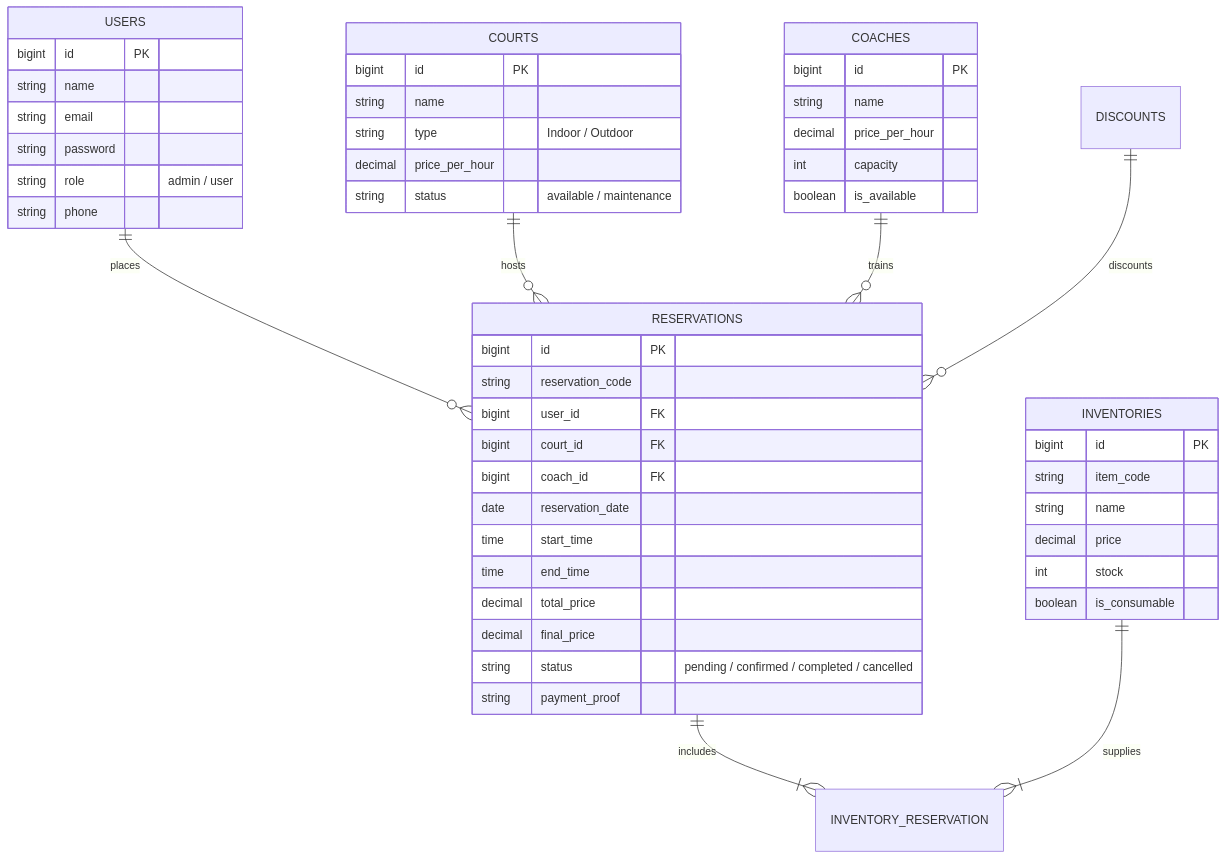
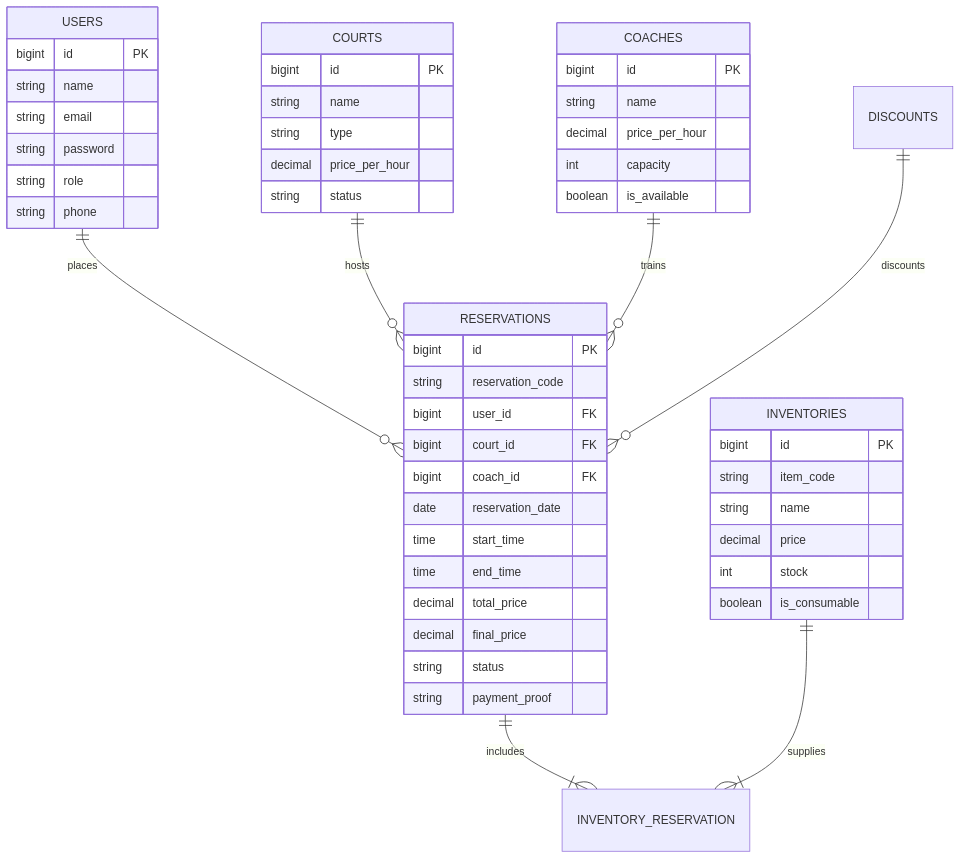
The second of 2 diagrams in README.md (maaafiqs/padel-reservation), drawn with Mermaid before and after one commit. The commit also changed other lines of this file, not shown here.

Commit message:
fix(docs): quote Mermaid node labels and sanitize ERD attributes in README

````diff
--- a/README.md
+++ b/README.md
@@ -83,58 +83,58 @@
 ```mermaid
 erDiagram
     USERS ||--o{ RESERVATIONS : places
     COURTS ||--o{ RESERVATIONS : hosts
     COACHES ||--o{ RESERVATIONS : trains
     RESERVATIONS ||--|{ INVENTORY_RESERVATION : includes
     INVENTORIES ||--|{ INVENTORY_RESERVATION : supplies
     DISCOUNTS ||--o{ RESERVATIONS : discounts
 
     USERS {
         bigint id PK
         string name
         string email
         string password
-        string role "admin / user"
+        string role
         string phone
     }
 
     COURTS {
         bigint id PK
         string name
-        string type "Indoor / Outdoor"
+        string type
         decimal price_per_hour
-        string status "available / maintenance"
+        string status
     }
 
     COACHES {
         bigint id PK
         string name
         decimal price_per_hour
         int capacity
         boolean is_available
     }
 
     INVENTORIES {
         bigint id PK
         string item_code
         string name
         decimal price
         int stock
         boolean is_consumable
     }
 
     RESERVATIONS {
         bigint id PK
         string reservation_code
         bigint user_id FK
         bigint court_id FK
         bigint coach_id FK
         date reservation_date
         time start_time
         time end_time
         decimal total_price
         decimal final_price
-        string status "pending / confirmed / completed / cancelled"
+        string status
         string payment_proof
     }
 ```
````
